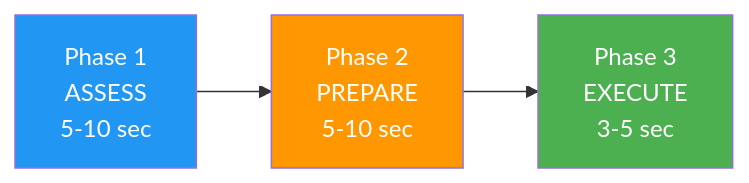
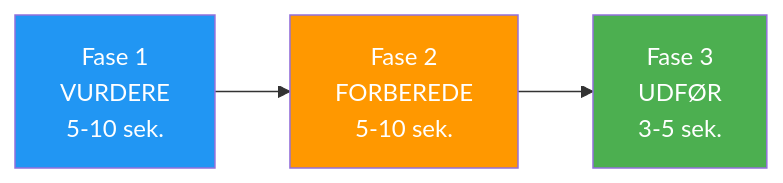
The diagram in docs/da/articles/pre-shot-routines.md (patwii/petanque-academy), drawn with Mermaid before and after one commit. The commit also changed other lines of this file and 550 other files, not shown here.

````diff
--- a/docs/da/articles/pre-shot-routines.md
+++ b/docs/da/articles/pre-shot-routines.md
@@ -34,9 +34,9 @@
 ```mermaid
 flowchart LR
-    A[Phase 1<br/>ASSESS<br/>5-10 sec] --> B[Phase 2<br/>PREPARE<br/>5-10 sec]
-    B --> C[Phase 3<br/>EXECUTE<br/>3-5 sec]
+    A[Fase 1 <br/> VURDERE <br/> 5-10 sek.] --> B[Fase 2 <br/> FORBEREDE <br/> 5-10 sek.]
+    B --> C[Fase 3 <br/> UDFØR <br/> 3-5 sek.]
 
     style A fill:#2196F3,color:#fff
     style B fill:#FF9800,color:#fff
     style C fill:#4CAF50,color:#fff
 ```
````
